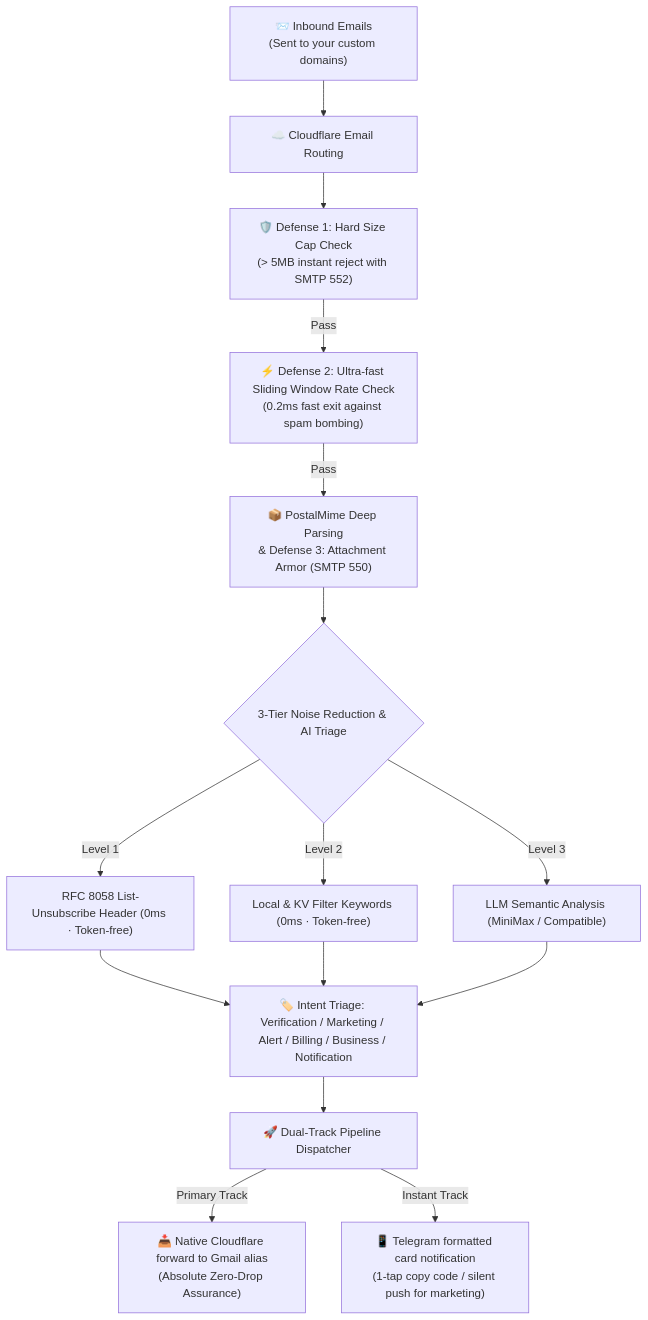
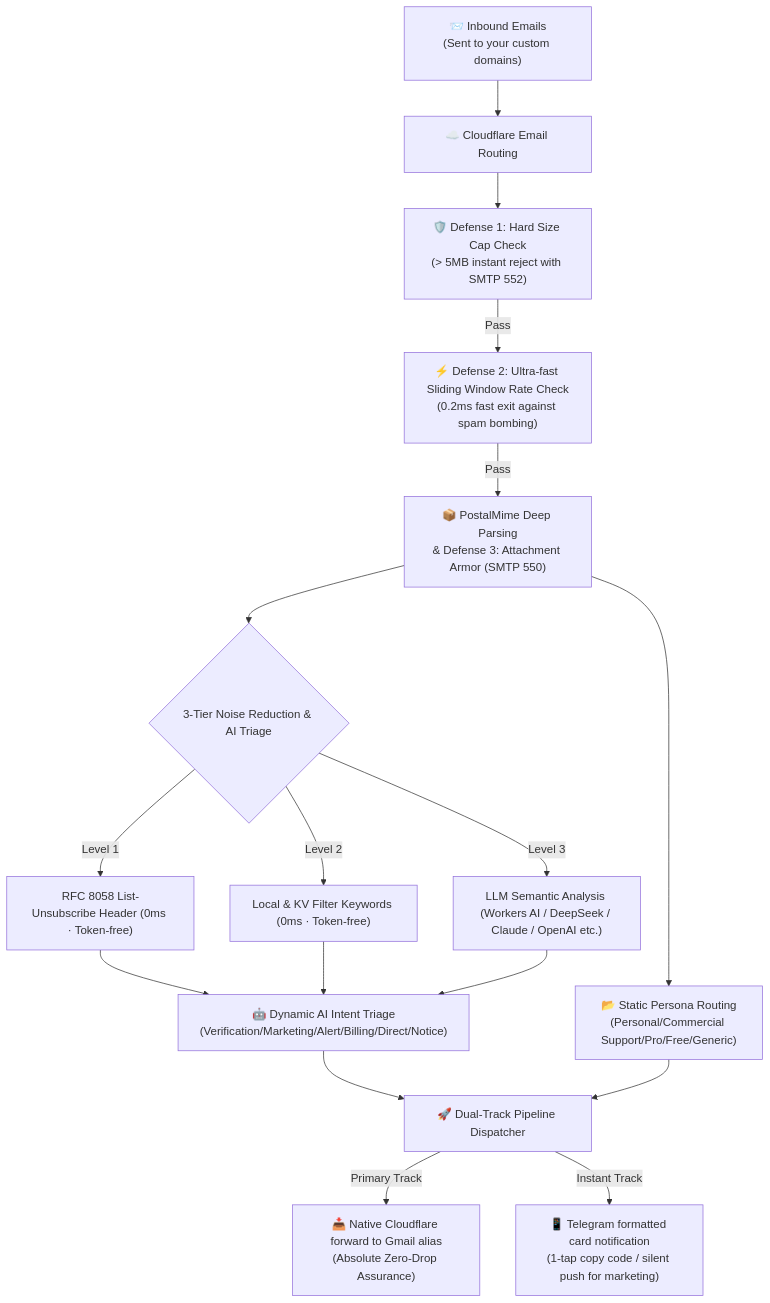
One commit to Sacilave/cf-mail2tg-aibot changed the diagram in README.md. Above: the diagram before and after it, drawn with Mermaid. The commit also changed other lines of this file and 38 other files, not shown here.

````diff
--- a/README.md
+++ b/README.md
@@ -104,22 +104,25 @@
 ```mermaid
 flowchart TD
     A["📨 Inbound Emails\n(Sent to your custom domains)"] --> B["☁️ Cloudflare Email Routing"]
     B --> C["🛡️ Defense 1: Hard Size Cap Check\n(> 5MB instant reject with SMTP 552)"]
     
     C -->|Pass| D["⚡ Defense 2: Ultra-fast Sliding Window Rate Check\n(0.2ms fast exit against spam bombing)"]
     
     D -->|Pass| E["📦 PostalMime Deep Parsing\n& Defense 3: Attachment Armor (SMTP 550)"]
     
     E --> F{"3-Tier Noise Reduction & AI Triage"}
     F -->|Level 1| G["RFC 8058 List-Unsubscribe Header (0ms · Token-free)"]
     F -->|Level 2| H["Local & KV Filter Keywords (0ms · Token-free)"]
-    F -->|Level 3| I["LLM Semantic Analysis (MiniMax / Compatible)"]
+    F -->|Level 3| I["LLM Semantic Analysis (Workers AI / DeepSeek / Claude / OpenAI etc.)"]
     
-    G --> J["🏷️ Intent Triage: Verification / Marketing / Alert / Billing / Business / Notification"]
-    H --> J
-    I --> J
+    G --> J1["🤖 Dynamic AI Intent Triage\n(Verification/Marketing/Alert/Billing/Direct/Notice)"]
+    H --> J1
+    I --> J1
 
-    J --> K["🚀 Dual-Track Pipeline Dispatcher"]
+    E --> J2["📂 Static Persona Routing\n(Personal/Commercial Support/Pro/Free/Generic)"]
+
+    J1 --> K["🚀 Dual-Track Pipeline Dispatcher"]
+    J2 --> K
     K -->|Primary Track| L["📥 Native Cloudflare forward to Gmail alias\n(Absolute Zero-Drop Assurance)"]
     K -->|Instant Track| M["📱 Telegram formatted card notification\n(1-tap copy code / silent push for marketing)"]
 ```
````
